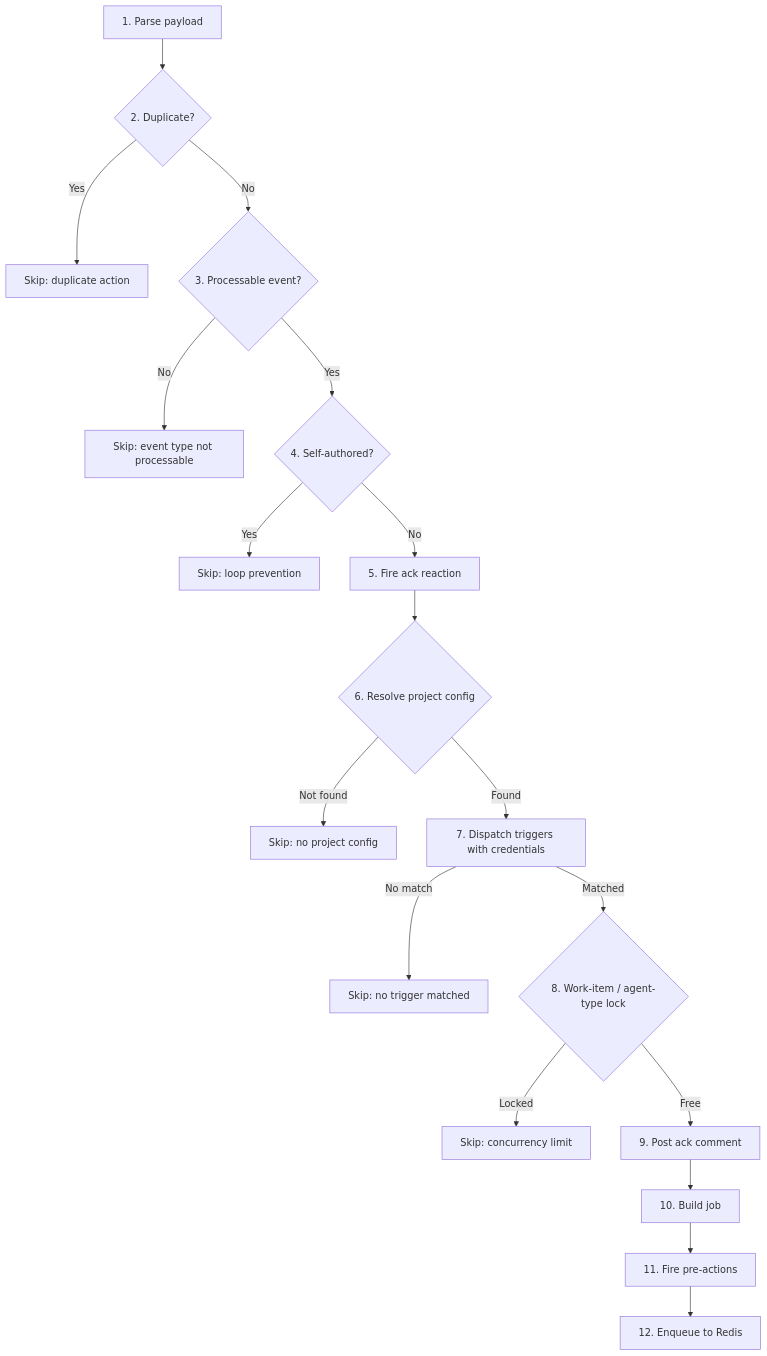
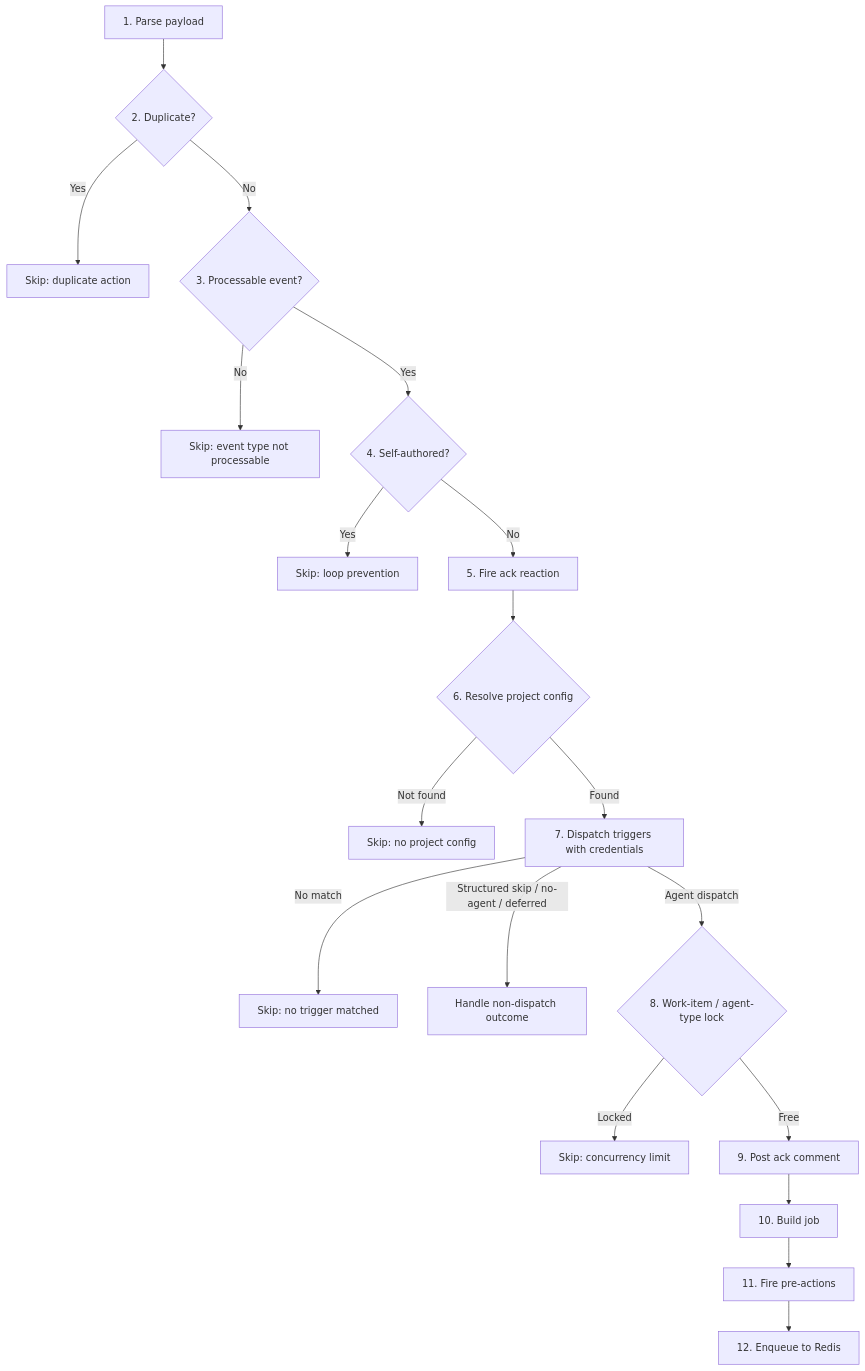
One commit to appsome/cascade changed the diagram in docs/architecture/02-webhook-pipeline.md. Above: the diagram before and after it, drawn with Mermaid. The commit also changed other lines of this file and 4 other files, not shown here.

Commit message:
docs(trigger): update trigger architecture contracts

````diff
--- a/docs/architecture/02-webhook-pipeline.md
+++ b/docs/architecture/02-webhook-pipeline.md
@@ -92,20 +92,21 @@
 ```mermaid
 flowchart TD
     A[1. Parse payload] --> B{2. Duplicate?}
     B -->|Yes| SKIP1[Skip: duplicate action]
     B -->|No| C{3. Processable event?}
     C -->|No| SKIP2[Skip: event type not processable]
     C -->|Yes| D{4. Self-authored?}
     D -->|Yes| SKIP3[Skip: loop prevention]
     D -->|No| E[5. Fire ack reaction]
     E --> F{6. Resolve project config}
     F -->|Not found| SKIP4[Skip: no project config]
     F -->|Found| G[7. Dispatch triggers with credentials]
     G -->|No match| SKIP5[Skip: no trigger matched]
-    G -->|Matched| H{8. Work-item / agent-type lock}
+    G -->|Structured skip / no-agent / deferred| OUTCOME[Handle non-dispatch outcome]
+    G -->|Agent dispatch| H{8. Work-item / agent-type lock}
     H -->|Locked| SKIP6[Skip: concurrency limit]
     H -->|Free| I[9. Post ack comment]
     I --> J[10. Build job]
     J --> K[11. Fire pre-actions]
     K --> L[12. Enqueue to Redis]
 ```
````
